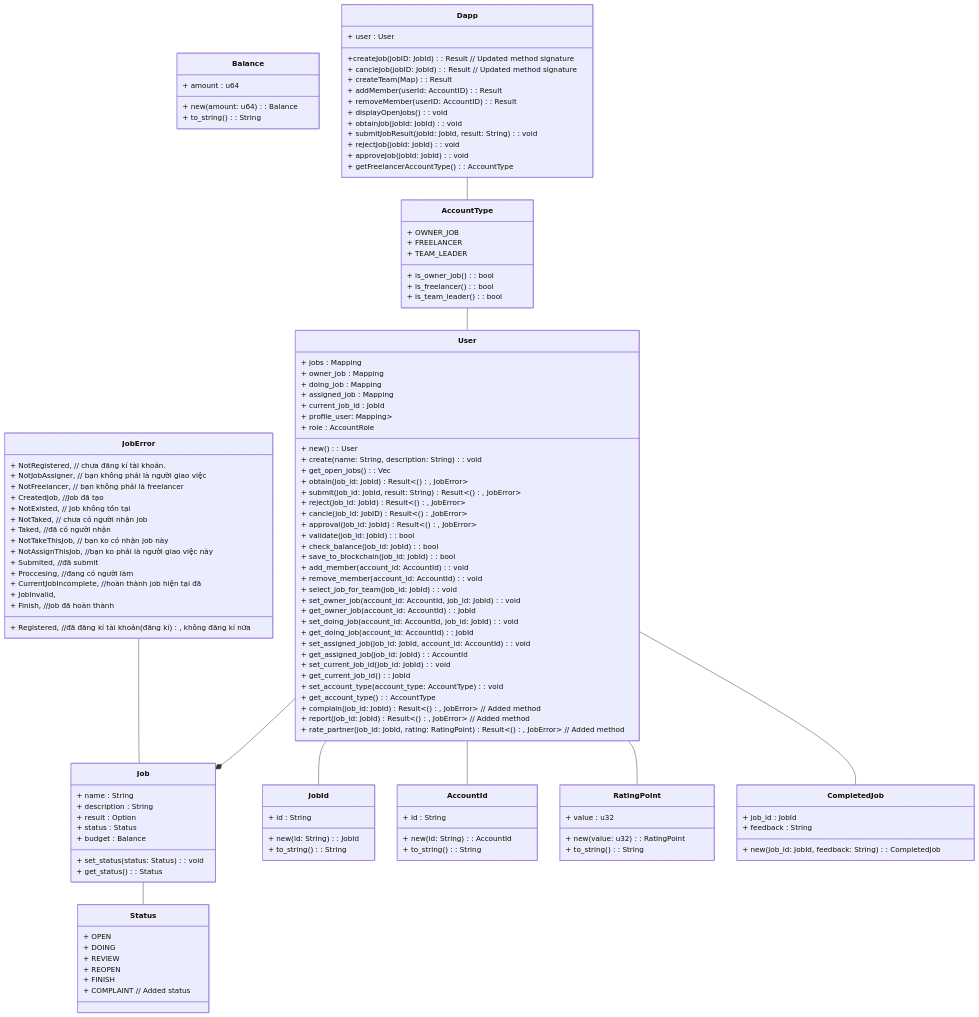
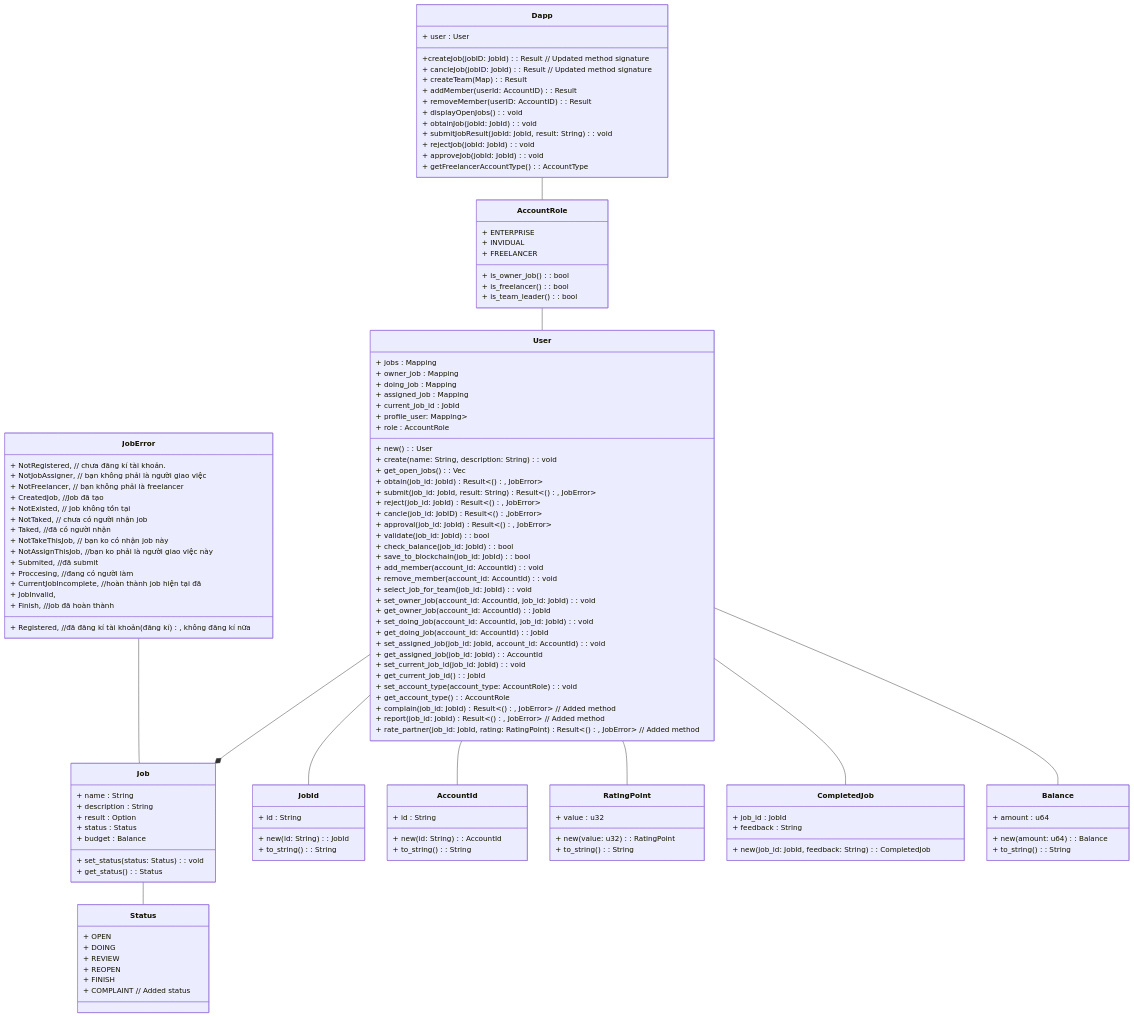
Before and after one commit to lamha79/freelankakot: the diagram in README.md, drawn with Mermaid.

Commit message:
Update chart

```diff
--- a/README.md
+++ b/README.md
@@ -41,8 +41,8 @@
     + get_assigned_job(job_id: JobId) : AccountId
     + set_current_job_id(job_id: JobId) : void
     + get_current_job_id() : JobId
-    + set_account_type(account_type: AccountType) : void
-    + get_account_type() : AccountType
+    + set_account_type(account_type: AccountRole) : void
+    + get_account_type() : AccountRole
     + complain(job_id: JobId) : Result<(), JobError> // Added method
     + report(job_id: JobId) : Result<(), JobError> // Added method
     + rate_partner(job_id: JobId, rating: RatingPoint) : Result<(), JobError> // Added method
@@ -98,10 +98,10 @@
     + to_string() : String
   }
 
-  class AccountType {
-    + OWNER_JOB
+  class AccountRole {
+    + ENTERPRISE
+    + INVIDUAL
     + FREELANCER
-    + TEAM_LEADER
     + is_owner_job() : bool
     + is_freelancer() : bool
     + is_team_leader() : bool
@@ -140,8 +140,9 @@
     + getFreelancerAccountType() : AccountType
   }
 
-  Dapp -- AccountType
-  AccountType -- User
+  Dapp -- AccountRole
+  AccountRole -- User
+  User -- Balance
   User --* Job
   User -- JobId
   User -- AccountId
```
